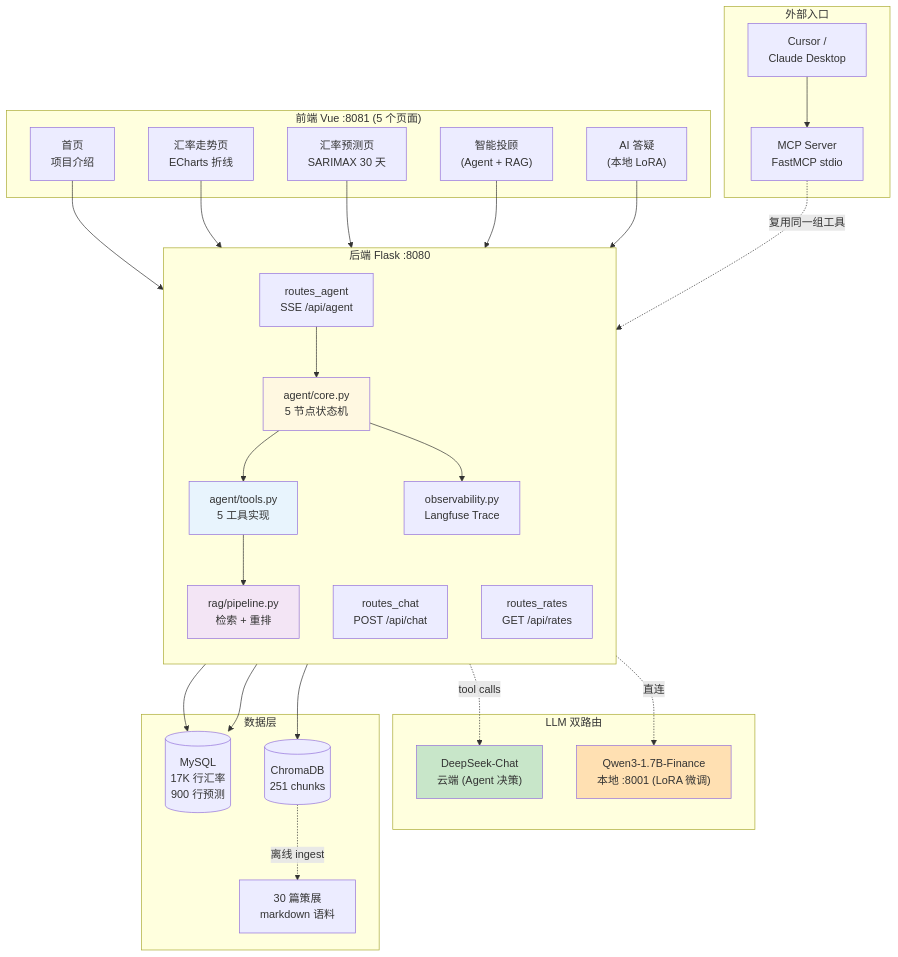
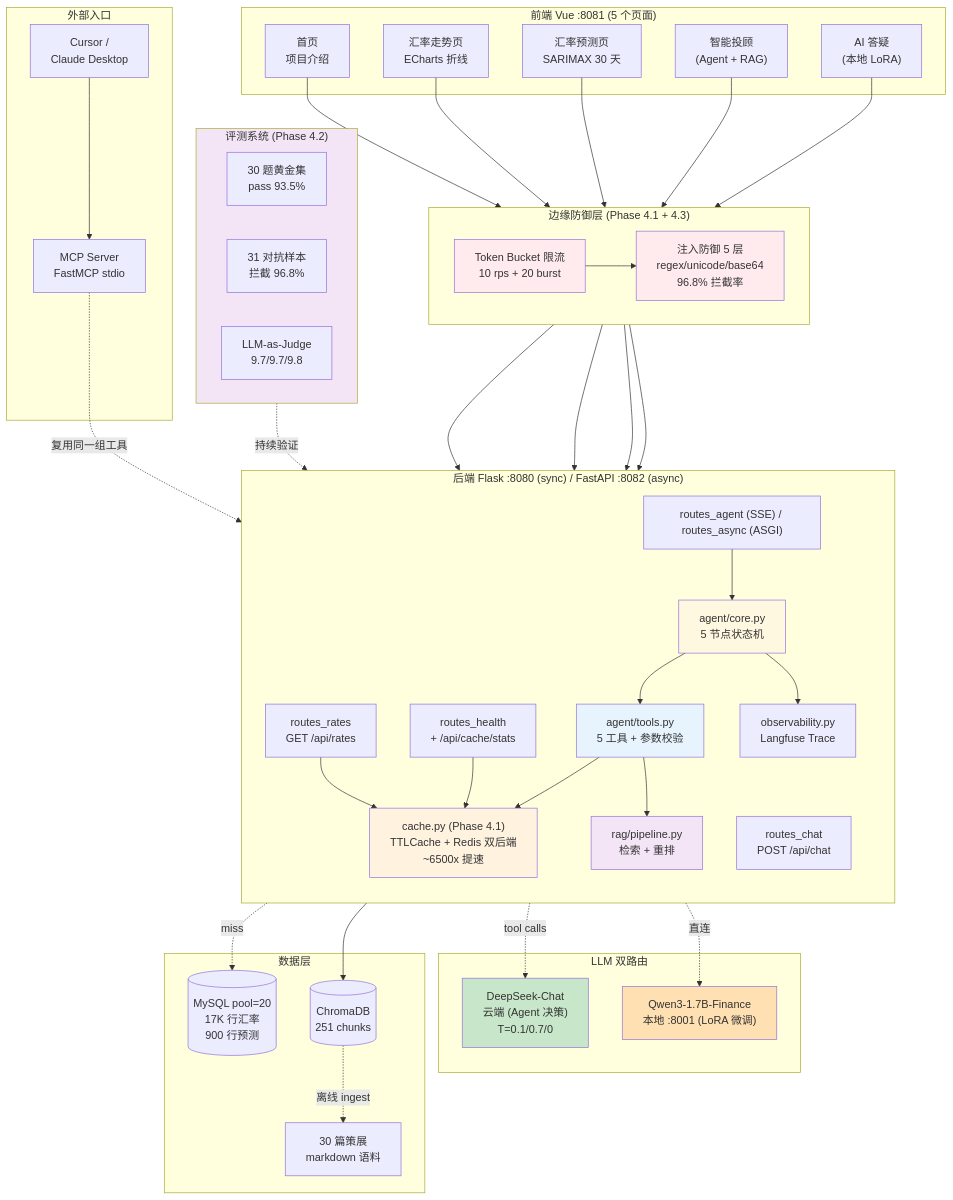
One commit to xzzzzc217/compass-fx-pulse changed the diagram in docs/diagrams/project_overview.mmd. Above: the diagram before and after it, drawn with Mermaid. The commit also changed 5 other files, not shown here.

First line of the commit message:
docs: backend foundation primer + missing 面经题 + Phase 4 in架构图

```diff
--- a/docs/diagrams/project_overview.mmd
+++ b/docs/diagrams/project_overview.mmd
@@ -1,63 +1,90 @@
 graph TB
     subgraph UI["前端 Vue :8081 (5 个页面)"]
         Home["首页<br/>项目介绍"]
         Trend["汇率走势页<br/>ECharts 折线"]
         Forecast["汇率预测页<br/>SARIMAX 30 天"]
         AgentUI["智能投顾<br/>(Agent + RAG)"]
         ChatUI["AI 答疑<br/>(本地 LoRA)"]
     end
 
-    subgraph Backend["后端 Flask :8080"]
+    subgraph Defense["边缘防御层 (Phase 4.1 + 4.3)"]
+        direction LR
+        RL["Token Bucket 限流<br/>10 rps + 20 burst"]
+        Guard["注入防御 5 层<br/>regex/unicode/base64<br/>96.8% 拦截率"]
+    end
+
+    subgraph Backend["后端 Flask :8080 (sync) / FastAPI :8082 (async)"]
         direction TB
-        RoutesAgent["routes_agent<br/>SSE /api/agent"]
+        RoutesAgent["routes_agent (SSE) / routes_async (ASGI)"]
         RoutesChat["routes_chat<br/>POST /api/chat"]
         RoutesRates["routes_rates<br/>GET /api/rates"]
+        RoutesHealth["routes_health<br/>+ /api/cache/stats"]
         AgentCore["agent/core.py<br/>5 节点状态机"]
-        ToolsLayer["agent/tools.py<br/>5 工具实现"]
+        ToolsLayer["agent/tools.py<br/>5 工具 + 参数校验"]
+        CacheLayer["cache.py (Phase 4.1)<br/>TTLCache + Redis 双后端<br/>~6500x 提速"]
         RAGLayer["rag/pipeline.py<br/>检索 + 重排"]
         Obs["observability.py<br/>Langfuse Trace"]
     end
 
+    subgraph EvalSys["评测系统 (Phase 4.2)"]
+        Golden["30 题黄金集<br/>pass 93.5%"]
+        Adv["31 对抗样本<br/>拦截 96.8%"]
+        Judge["LLM-as-Judge<br/>9.7/9.7/9.8"]
+    end
+
     subgraph LLMRoute["LLM 双路由"]
-        DeepSeek["DeepSeek-Chat<br/>云端 (Agent 决策)"]
+        DeepSeek["DeepSeek-Chat<br/>云端 (Agent 决策)<br/>T=0.1/0.7/0"]
         LoRA["Qwen3-1.7B-Finance<br/>本地 :8001 (LoRA 微调)"]
     end
 
     subgraph DataStore["数据层"]
-        MySQL[("MySQL<br/>17K 行汇率<br/>900 行预测")]
+        MySQL[("MySQL pool=20<br/>17K 行汇率<br/>900 行预测")]
         Chroma[("ChromaDB<br/>251 chunks")]
         Corpus["30 篇策展<br/>markdown 语料"]
     end
 
     subgraph External["外部入口"]
         IDE["Cursor /<br/>Claude Desktop"]
         MCPSrv["MCP Server<br/>FastMCP stdio"]
     end
 
-    Home --> RoutesRates
-    Trend --> RoutesRates
-    Forecast --> RoutesRates
-    AgentUI --> RoutesAgent
-    ChatUI --> RoutesChat
+    Home --> RL
+    Trend --> RL
+    Forecast --> RL
+    AgentUI --> RL
+    ChatUI --> RL
+    RL --> Guard
+    Guard --> RoutesAgent
+    Guard --> RoutesChat
+    Guard --> RoutesRates
+    Guard --> RoutesHealth
 
     RoutesAgent --> AgentCore
     RoutesChat -.直连.-> LoRA
-    RoutesRates --> MySQL
+    RoutesRates --> CacheLayer
+    RoutesHealth --> CacheLayer
+    CacheLayer -.miss.-> MySQL
 
     AgentCore --> ToolsLayer
     AgentCore --> Obs
     AgentCore -.tool calls.-> DeepSeek
 
+    ToolsLayer --> CacheLayer
     ToolsLayer --> RAGLayer
-    ToolsLayer --> MySQL
     RAGLayer --> Chroma
     Chroma -.离线 ingest.-> Corpus
 
     IDE --> MCPSrv
     MCPSrv -.复用同一组工具.-> ToolsLayer
 
+    EvalSys -.持续验证.-> AgentCore
+
     style AgentCore fill:#fff8e1
     style ToolsLayer fill:#e8f4fd
     style RAGLayer fill:#f3e5f5
+    style CacheLayer fill:#fff3e0
+    style Guard fill:#ffebee
+    style RL fill:#ffebee
+    style EvalSys fill:#f3e5f5
     style DeepSeek fill:#c8e6c9
     style LoRA fill:#ffe0b2
```
